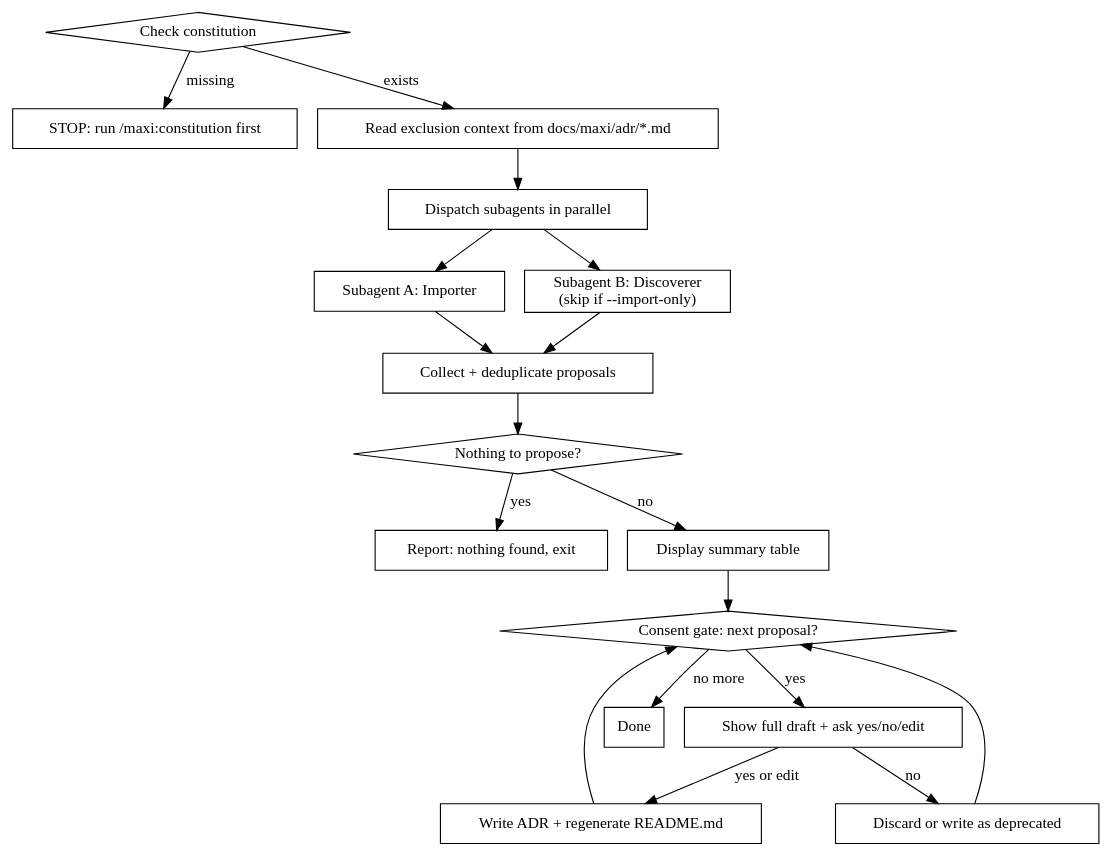
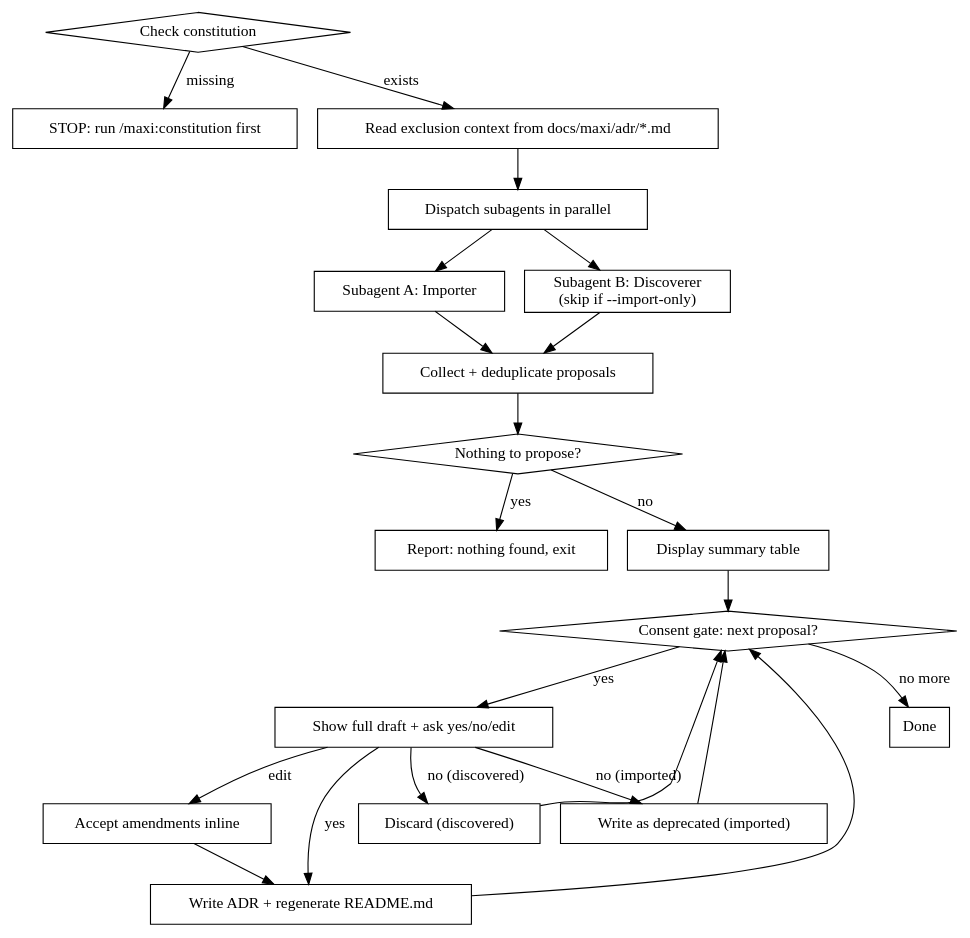
One commit to amoutiers/maxi-superpowers changed the diagram in skills/migrate-adr/SKILL.md. Above: the diagram before and after it, drawn with Graphviz. The commit also changed other lines of this file, not shown here.

Commit message:
fix(migrate-adr): clarify no-writes deprecated, fix git log, add placeholder text, matching rule, diagram

````diff
--- a/skills/migrate-adr/SKILL.md
+++ b/skills/migrate-adr/SKILL.md
@@ -39,37 +39,43 @@
 ```dot
 digraph migrate_adr {
     "Check constitution" [shape=diamond];
     "STOP: run /maxi:constitution first" [shape=box];
     "Read exclusion context from docs/maxi/adr/*.md" [shape=box];
     "Dispatch subagents in parallel" [shape=box];
     "Subagent A: Importer" [shape=box];
     "Subagent B: Discoverer\n(skip if --import-only)" [shape=box];
     "Collect + deduplicate proposals" [shape=box];
     "Nothing to propose?" [shape=diamond];
     "Report: nothing found, exit" [shape=box];
     "Display summary table" [shape=box];
     "Consent gate: next proposal?" [shape=diamond];
     "Show full draft + ask yes/no/edit" [shape=box];
+    "Accept amendments inline" [shape=box];
     "Write ADR + regenerate README.md" [shape=box];
-    "Discard or write as deprecated" [shape=box];
+    "Discard (discovered)" [shape=box];
+    "Write as deprecated (imported)" [shape=box];
     "Done" [shape=box];
 
     "Check constitution" -> "STOP: run /maxi:constitution first" [label="missing"];
     "Check constitution" -> "Read exclusion context from docs/maxi/adr/*.md" [label="exists"];
     "Read exclusion context from docs/maxi/adr/*.md" -> "Dispatch subagents in parallel";
     "Dispatch subagents in parallel" -> "Subagent A: Importer";
     "Dispatch subagents in parallel" -> "Subagent B: Discoverer\n(skip if --import-only)";
     "Subagent A: Importer" -> "Collect + deduplicate proposals";
     "Subagent B: Discoverer\n(skip if --import-only)" -> "Collect + deduplicate proposals";
     "Collect + deduplicate proposals" -> "Nothing to propose?";
     "Nothing to propose?" -> "Report: nothing found, exit" [label="yes"];
     "Nothing to propose?" -> "Display summary table" [label="no"];
     "Display summary table" -> "Consent gate: next proposal?";
     "Consent gate: next proposal?" -> "Show full draft + ask yes/no/edit" [label="yes"];
-    "Show full draft + ask yes/no/edit" -> "Write ADR + regenerate README.md" [label="yes or edit"];
-    "Show full draft + ask yes/no/edit" -> "Discard or write as deprecated" [label="no"];
+    "Show full draft + ask yes/no/edit" -> "Write ADR + regenerate README.md" [label="yes"];
+    "Show full draft + ask yes/no/edit" -> "Accept amendments inline" [label="edit"];
+    "Accept amendments inline" -> "Write ADR + regenerate README.md";
+    "Show full draft + ask yes/no/edit" -> "Discard (discovered)" [label="no (discovered)"];
+    "Show full draft + ask yes/no/edit" -> "Write as deprecated (imported)" [label="no (imported)"];
     "Write ADR + regenerate README.md" -> "Consent gate: next proposal?";
-    "Discard or write as deprecated" -> "Consent gate: next proposal?";
+    "Discard (discovered)" -> "Consent gate: next proposal?";
+    "Write as deprecated (imported)" -> "Consent gate: next proposal?";
     "Consent gate: next proposal?" -> "Done" [label="no more"];
 }
 ```
````
